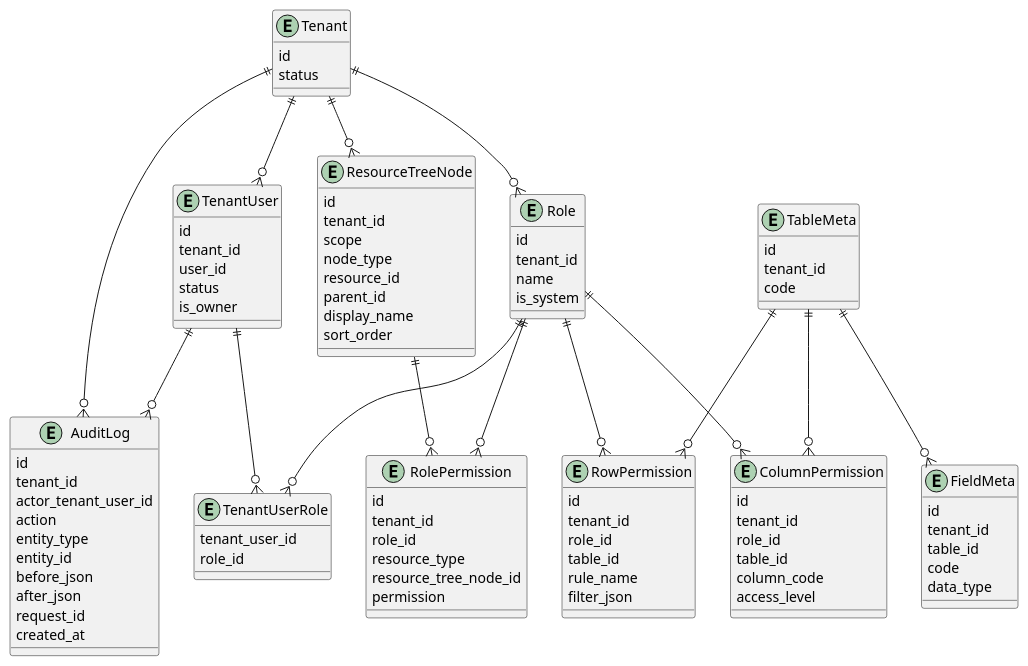
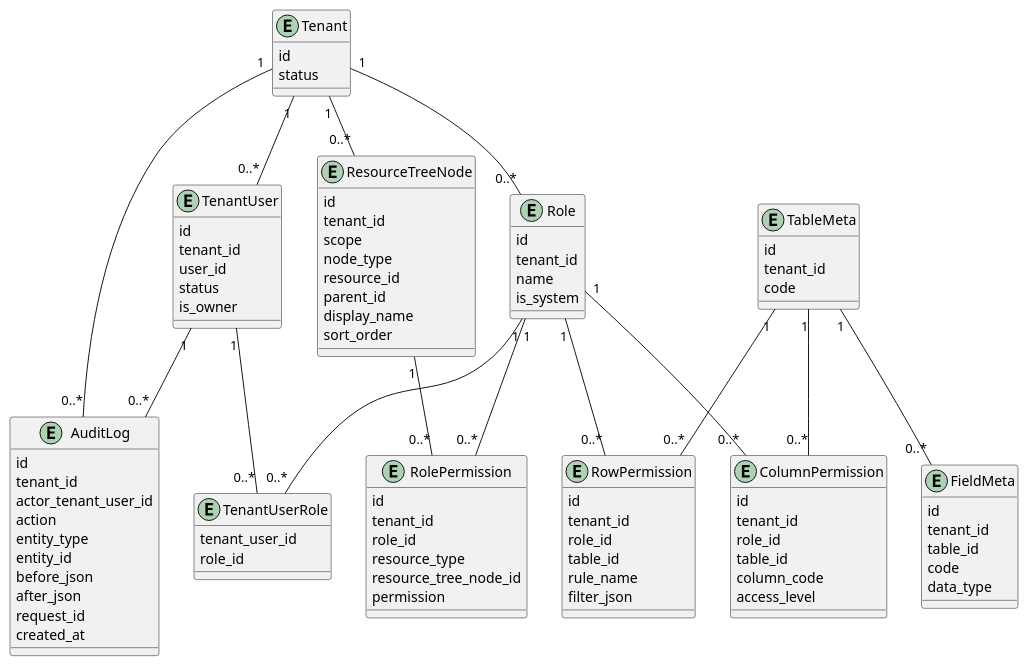
The fourth of 7 diagrams in docs/tech.md (FangZiyong/grass), drawn with PlantUML before and after one commit. The commit also changed 2 other files, not shown here.

Commit message:
技术文档

````diff
--- a/docs/tech.md
+++ b/docs/tech.md
@@ -656,22 +656,22 @@
   created_at
 }
 
-Tenant ||--o{ TenantUser
-Tenant ||--o{ Role
-TenantUser ||--o{ TenantUserRole
-Role ||--o{ TenantUserRole
+Tenant "1" -- "0..*" TenantUser
+Tenant "1" -- "0..*" Role
+TenantUser "1" -- "0..*" TenantUserRole
+Role "1" -- "0..*" TenantUserRole
 
-Tenant ||--o{ ResourceTreeNode
-Role ||--o{ RolePermission
-ResourceTreeNode ||--o{ RolePermission
+Tenant "1" -- "0..*" ResourceTreeNode
+Role "1" -- "0..*" RolePermission
+ResourceTreeNode "1" -- "0..*" RolePermission
 
-Role ||--o{ RowPermission
-Role ||--o{ ColumnPermission
-TableMeta ||--o{ RowPermission
-TableMeta ||--o{ ColumnPermission
-TableMeta ||--o{ FieldMeta
+Role "1" -- "0..*" RowPermission
+Role "1" -- "0..*" ColumnPermission
+TableMeta "1" -- "0..*" RowPermission
+TableMeta "1" -- "0..*" ColumnPermission
+TableMeta "1" -- "0..*" FieldMeta
 
-Tenant ||--o{ AuditLog
-TenantUser ||--o{ AuditLog
+Tenant "1" -- "0..*" AuditLog
+TenantUser "1" -- "0..*" AuditLog
 @enduml
 ```
````
